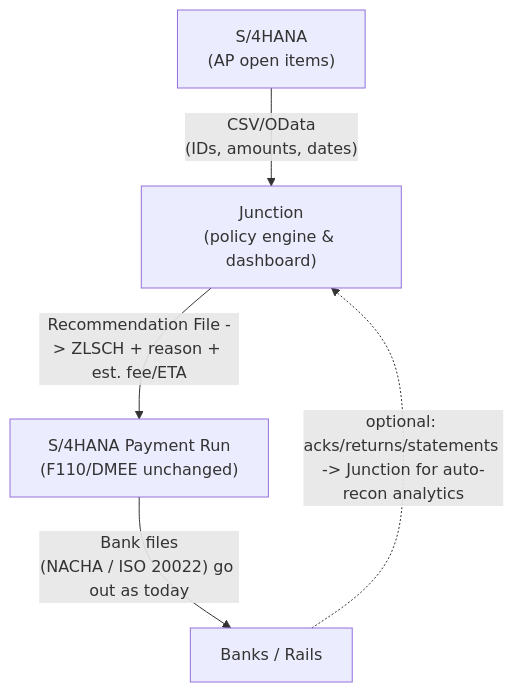
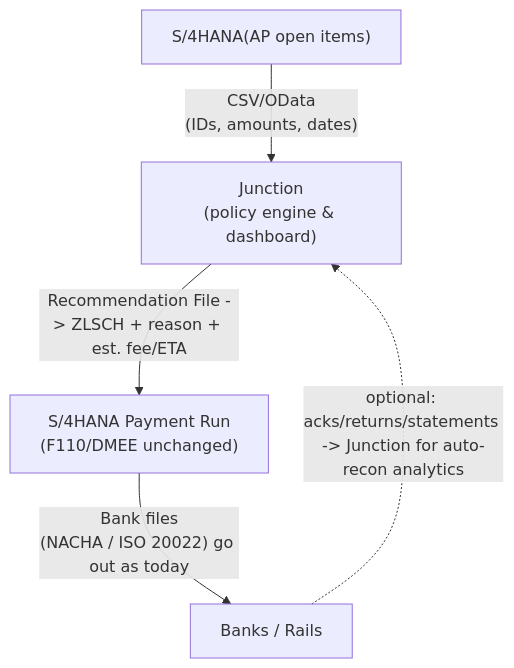
Before and after one commit to Junction-Engine/Junction-Open: the diagram in README.md, drawn with Mermaid.

````diff
--- a/README.md
+++ b/README.md
@@ -5,8 +5,8 @@
 ```mermaid
 flowchart TB
-  s4["S/4HANA\n(AP open items)"]
+  s4["S/4HANA(AP open items)"]
   s4 -->|"CSV/OData\n(IDs, amounts, dates)"| jn["Junction\n(policy engine & dashboard)"]
   jn -->|"Recommendation File -> ZLSCH + reason + est. fee/ETA"| f110["S/4HANA Payment Run\n(F110/DMEE unchanged)"]
   f110 -->|"Bank files\n(NACHA / ISO 20022) go out as today"| banks["Banks / Rails"]
   banks -.->|"optional: acks/returns/statements -> Junction for auto-recon analytics"| jn
 ```
````
